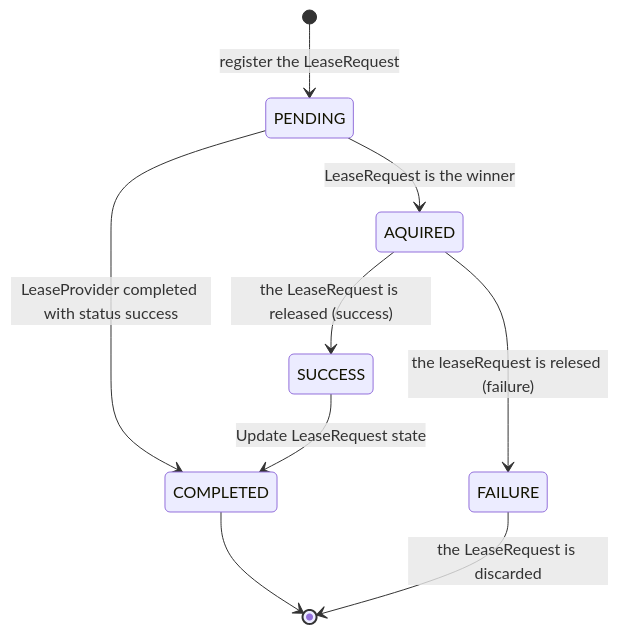
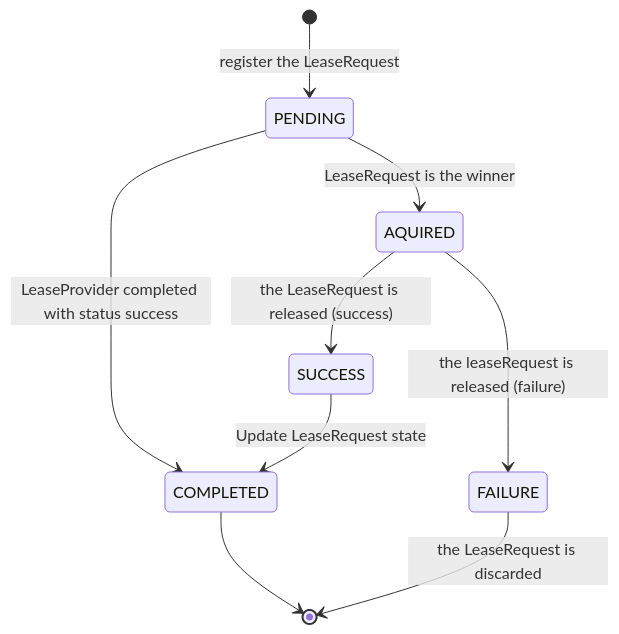
The first of 3 diagrams in Readme.md (ankorstore/mq-lease-service), drawn with Mermaid before and after one commit.

````diff
--- a/Readme.md
+++ b/Readme.md
@@ -35,11 +35,11 @@
 ```mermaid
 stateDiagram-v2
     [*] --> PENDING: register the LeaseRequest
     PENDING --> AQUIRED: LeaseRequest is the winner
     PENDING --> COMPLETED: LeaseProvider completed with status success
     COMPLETED --> [*]
     AQUIRED --> SUCCESS: the LeaseRequest is released (success)
-    AQUIRED --> FAILURE: the leaseRequest is relesed (failure)
+    AQUIRED --> FAILURE: the leaseRequest is released (failure)
     SUCCESS --> COMPLETED: Update LeaseRequest state
     FAILURE --> [*]: the LeaseRequest is discarded
 ```
````
